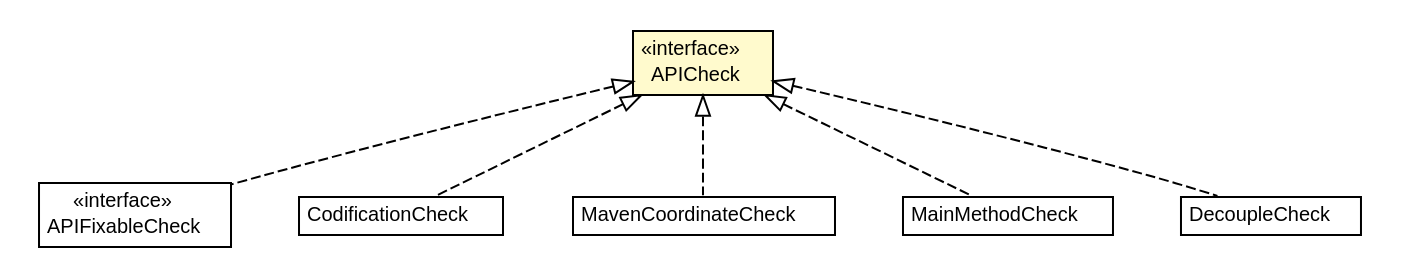
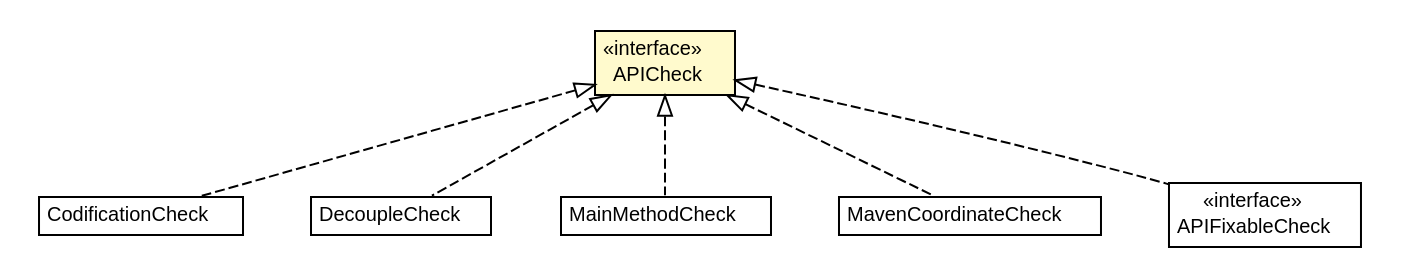
One commit to universAAL/maven changed the diagram in maven.pom/apidocs/org/universAAL/support/directives/api/APICheck.dot. Above: the diagram before and after it, drawn with Graphviz. The commit also changed 312 other files, not shown here.

```diff
--- a/maven.pom/apidocs/org/universAAL/support/directives/api/APICheck.dot
+++ b/maven.pom/apidocs/org/universAAL/support/directives/api/APICheck.dot
@@ -1,60 +1,60 @@
 #!/usr/local/bin/dot
 #
 # Class diagram 
 # Generated by UMLGraph version R5_6-24-gf6e263 (http://www.umlgraph.org/)
 #
 
 digraph G {
 	edge [fontname="Helvetica",fontsize=10,labelfontname="Helvetica",labelfontsize=10];
 	node [fontname="Helvetica",fontsize=10,shape=plaintext];
 	nodesep=0.25;
 	ranksep=0.5;
+	// org.universAAL.support.directives.checks.CodificationCheck
+	c563 [label=<<table title="org.universAAL.support.directives.checks.CodificationCheck" border="0" cellborder="1" cellspacing="0" cellpadding="2" port="p" href="../checks/CodificationCheck.html">
+		<tr><td><table border="0" cellspacing="0" cellpadding="1">
+<tr><td align="center" balign="center"> CodificationCheck </td></tr>
+		</table></td></tr>
+		</table>>, URL="../checks/CodificationCheck.html", fontname="Helvetica", fontcolor="black", fontsize=10.0];
+	// org.universAAL.support.directives.checks.DecoupleCheck
+	c567 [label=<<table title="org.universAAL.support.directives.checks.DecoupleCheck" border="0" cellborder="1" cellspacing="0" cellpadding="2" port="p" href="../checks/DecoupleCheck.html">
+		<tr><td><table border="0" cellspacing="0" cellpadding="1">
+<tr><td align="center" balign="center"> DecoupleCheck </td></tr>
+		</table></td></tr>
+		</table>>, URL="../checks/DecoupleCheck.html", fontname="Helvetica", fontcolor="black", fontsize=10.0];
+	// org.universAAL.support.directives.checks.MainMethodCheck
+	c569 [label=<<table title="org.universAAL.support.directives.checks.MainMethodCheck" border="0" cellborder="1" cellspacing="0" cellpadding="2" port="p" href="../checks/MainMethodCheck.html">
+		<tr><td><table border="0" cellspacing="0" cellpadding="1">
+<tr><td align="center" balign="center"> MainMethodCheck </td></tr>
+		</table></td></tr>
+		</table>>, URL="../checks/MainMethodCheck.html", fontname="Helvetica", fontcolor="black", fontsize=10.0];
+	// org.universAAL.support.directives.checks.MavenCoordinateCheck
+	c575 [label=<<table title="org.universAAL.support.directives.checks.MavenCoordinateCheck" border="0" cellborder="1" cellspacing="0" cellpadding="2" port="p" href="../checks/MavenCoordinateCheck.html">
+		<tr><td><table border="0" cellspacing="0" cellpadding="1">
+<tr><td align="center" balign="center"> MavenCoordinateCheck </td></tr>
+		</table></td></tr>
+		</table>>, URL="../checks/MavenCoordinateCheck.html", fontname="Helvetica", fontcolor="black", fontsize=10.0];
 	// org.universAAL.support.directives.api.APIFixableCheck
-	c561 [label=<<table title="org.universAAL.support.directives.api.APIFixableCheck" border="0" cellborder="1" cellspacing="0" cellpadding="2" port="p" href="./APIFixableCheck.html">
+	c616 [label=<<table title="org.universAAL.support.directives.api.APIFixableCheck" border="0" cellborder="1" cellspacing="0" cellpadding="2" port="p" href="./APIFixableCheck.html">
 		<tr><td><table border="0" cellspacing="0" cellpadding="1">
 <tr><td align="center" balign="center"> &#171;interface&#187; </td></tr>
 <tr><td align="center" balign="center"> APIFixableCheck </td></tr>
 		</table></td></tr>
 		</table>>, URL="./APIFixableCheck.html", fontname="Helvetica", fontcolor="black", fontsize=10.0];
 	// org.universAAL.support.directives.api.APICheck
-	c562 [label=<<table title="org.universAAL.support.directives.api.APICheck" border="0" cellborder="1" cellspacing="0" cellpadding="2" port="p" bgcolor="lemonChiffon" href="./APICheck.html">
+	c618 [label=<<table title="org.universAAL.support.directives.api.APICheck" border="0" cellborder="1" cellspacing="0" cellpadding="2" port="p" bgcolor="lemonChiffon" href="./APICheck.html">
 		<tr><td><table border="0" cellspacing="0" cellpadding="1">
 <tr><td align="center" balign="center"> &#171;interface&#187; </td></tr>
 <tr><td align="center" balign="center"> APICheck </td></tr>
 		</table></td></tr>
 		</table>>, URL="./APICheck.html", fontname="Helvetica", fontcolor="black", fontsize=10.0];
-	// org.universAAL.support.directives.checks.CodificationCheck
-	c578 [label=<<table title="org.universAAL.support.directives.checks.CodificationCheck" border="0" cellborder="1" cellspacing="0" cellpadding="2" port="p" href="../checks/CodificationCheck.html">
-		<tr><td><table border="0" cellspacing="0" cellpadding="1">
-<tr><td align="center" balign="center"> CodificationCheck </td></tr>
-		</table></td></tr>
-		</table>>, URL="../checks/CodificationCheck.html", fontname="Helvetica", fontcolor="black", fontsize=10.0];
-	// org.universAAL.support.directives.checks.MavenCoordinateCheck
-	c580 [label=<<table title="org.universAAL.support.directives.checks.MavenCoordinateCheck" border="0" cellborder="1" cellspacing="0" cellpadding="2" port="p" href="../checks/MavenCoordinateCheck.html">
-		<tr><td><table border="0" cellspacing="0" cellpadding="1">
-<tr><td align="center" balign="center"> MavenCoordinateCheck </td></tr>
-		</table></td></tr>
-		</table>>, URL="../checks/MavenCoordinateCheck.html", fontname="Helvetica", fontcolor="black", fontsize=10.0];
-	// org.universAAL.support.directives.checks.MainMethodCheck
-	c582 [label=<<table title="org.universAAL.support.directives.checks.MainMethodCheck" border="0" cellborder="1" cellspacing="0" cellpadding="2" port="p" href="../checks/MainMethodCheck.html">
-		<tr><td><table border="0" cellspacing="0" cellpadding="1">
-<tr><td align="center" balign="center"> MainMethodCheck </td></tr>
-		</table></td></tr>
-		</table>>, URL="../checks/MainMethodCheck.html", fontname="Helvetica", fontcolor="black", fontsize=10.0];
-	// org.universAAL.support.directives.checks.DecoupleCheck
-	c588 [label=<<table title="org.universAAL.support.directives.checks.DecoupleCheck" border="0" cellborder="1" cellspacing="0" cellpadding="2" port="p" href="../checks/DecoupleCheck.html">
-		<tr><td><table border="0" cellspacing="0" cellpadding="1">
-<tr><td align="center" balign="center"> DecoupleCheck </td></tr>
-		</table></td></tr>
-		</table>>, URL="../checks/DecoupleCheck.html", fontname="Helvetica", fontcolor="black", fontsize=10.0];
+	//org.universAAL.support.directives.checks.CodificationCheck implements org.universAAL.support.directives.api.APICheck
+	c618:p -> c563:p [dir=back,arrowtail=empty,style=dashed];
+	//org.universAAL.support.directives.checks.DecoupleCheck implements org.universAAL.support.directives.api.APICheck
+	c618:p -> c567:p [dir=back,arrowtail=empty,style=dashed];
+	//org.universAAL.support.directives.checks.MainMethodCheck implements org.universAAL.support.directives.api.APICheck
+	c618:p -> c569:p [dir=back,arrowtail=empty,style=dashed];
+	//org.universAAL.support.directives.checks.MavenCoordinateCheck implements org.universAAL.support.directives.api.APICheck
+	c618:p -> c575:p [dir=back,arrowtail=empty,style=dashed];
 	//org.universAAL.support.directives.api.APIFixableCheck implements org.universAAL.support.directives.api.APICheck
-	c562:p -> c561:p [dir=back,arrowtail=empty,style=dashed];
-	//org.universAAL.support.directives.checks.CodificationCheck implements org.universAAL.support.directives.api.APICheck
-	c562:p -> c578:p [dir=back,arrowtail=empty,style=dashed];
-	//org.universAAL.support.directives.checks.MavenCoordinateCheck implements org.universAAL.support.directives.api.APICheck
-	c562:p -> c580:p [dir=back,arrowtail=empty,style=dashed];
-	//org.universAAL.support.directives.checks.MainMethodCheck implements org.universAAL.support.directives.api.APICheck
-	c562:p -> c582:p [dir=back,arrowtail=empty,style=dashed];
-	//org.universAAL.support.directives.checks.DecoupleCheck implements org.universAAL.support.directives.api.APICheck
-	c562:p -> c588:p [dir=back,arrowtail=empty,style=dashed];
+	c618:p -> c616:p [dir=back,arrowtail=empty,style=dashed];
 }
```
